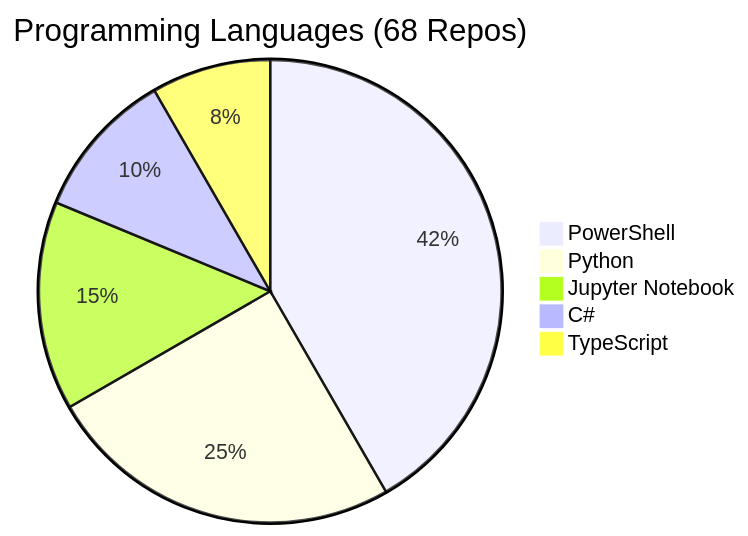
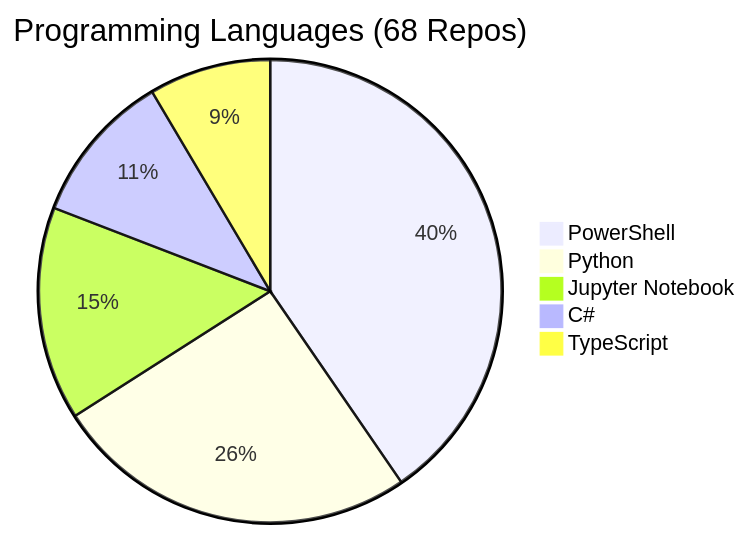
The diagram in REPOS.md (fabioc-aloha/fabioc-aloha), drawn with Mermaid before and after one commit. The commit also changed other lines of this file and 1 other file, not shown here.

````diff
--- a/REPOS.md
+++ b/REPOS.md
@@ -111,8 +111,8 @@
 ```mermaid
 pie title Programming Languages (68 Repos)
-    "PowerShell" : 20
+    "PowerShell" : 19
     "Python" : 12
     "Jupyter Notebook" : 7
     "C#" : 5
     "TypeScript" : 4
 ```
````
